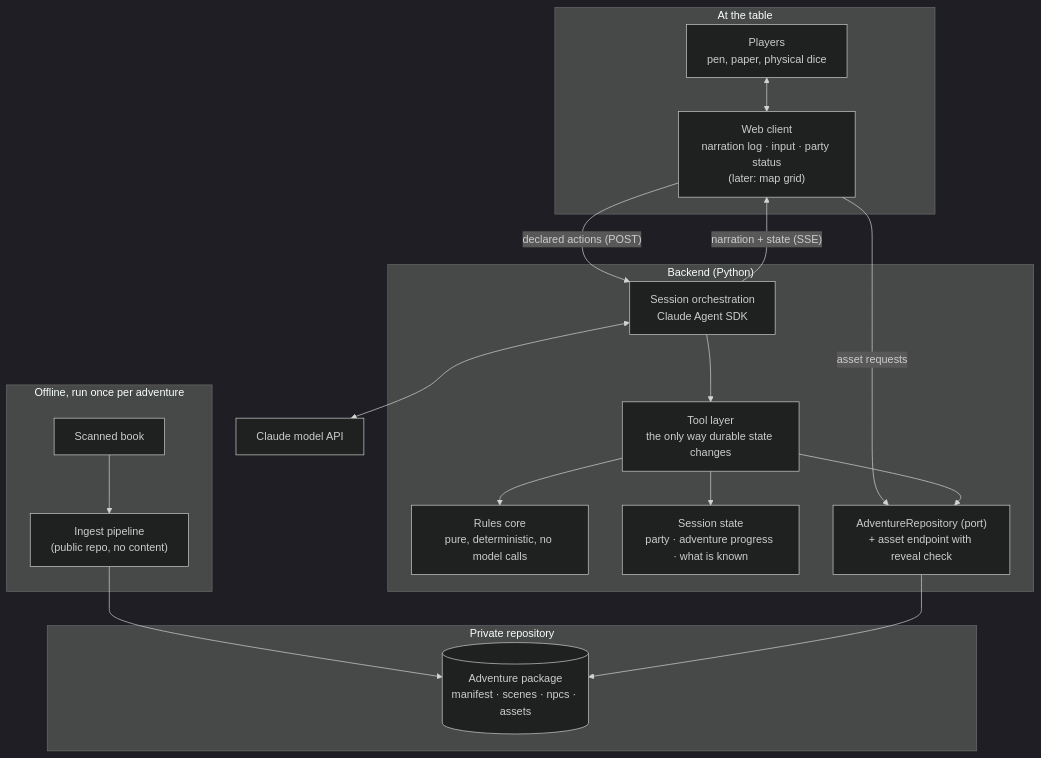
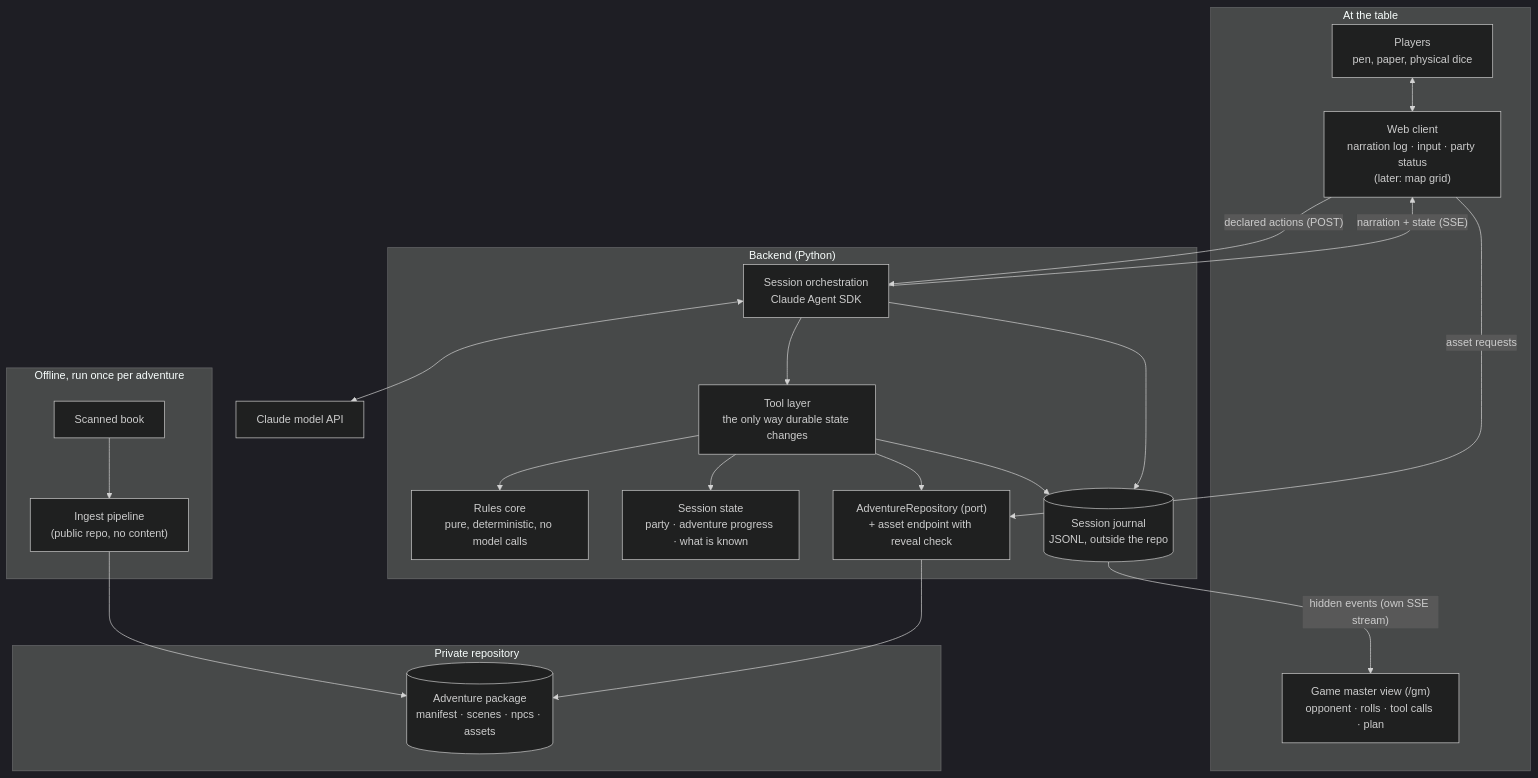
Before and after one commit to nicoschmidt/dnd-ai-dungeon-master: the diagram in docs/architecture.md, drawn with Mermaid (dark theme). The commit also changed other lines of this file and 2 other files, not shown here.

````diff
--- a/docs/architecture.md
+++ b/docs/architecture.md
@@ -17,37 +20,42 @@
 ```mermaid
 flowchart TD
     subgraph table["At the table"]
         players["Players<br/>pen, paper, physical dice"]
         client["Web client<br/>narration log · input · party status<br/>(later: map grid)"]
+        gmview["Game master view (/gm)<br/>opponent · rolls · tool calls · plan"]
     end
 
     subgraph backend["Backend (Python)"]
         orch["Session orchestration<br/>Claude Agent SDK"]
         tools["Tool layer<br/>the only way durable state changes"]
         rules["Rules core<br/>pure, deterministic, no model calls"]
         state["Session state<br/>party · adventure progress · what is known"]
         repo["AdventureRepository (port)<br/>+ asset endpoint with reveal check"]
+        journal[("Session journal<br/>JSONL, outside the repo")]
     end
 
     model["Claude model API"]
 
     subgraph private["Private repository"]
         content[("Adventure package<br/>manifest · scenes · npcs · assets")]
     end
 
     subgraph offline["Offline, run once per adventure"]
         book["Scanned book"] --> pipeline["Ingest pipeline<br/>(public repo, no content)"]
         pipeline --> content
     end
 
     players <--> client
     orch -->|"narration + state (SSE)"| client
+    journal -->|"hidden events (own SSE stream)"| gmview
+    tools --> journal
+    orch --> journal
     client -->|"declared actions (POST)"| orch
     client -->|"asset requests"| repo
     orch <--> model
     orch --> tools
     tools --> rules
     tools --> state
     tools --> repo
     repo --> content
 ```
````
